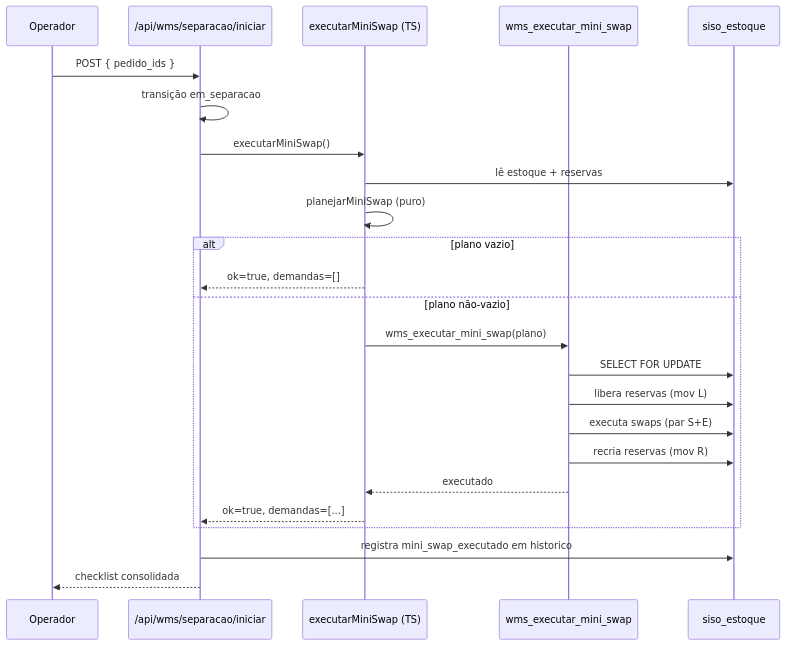
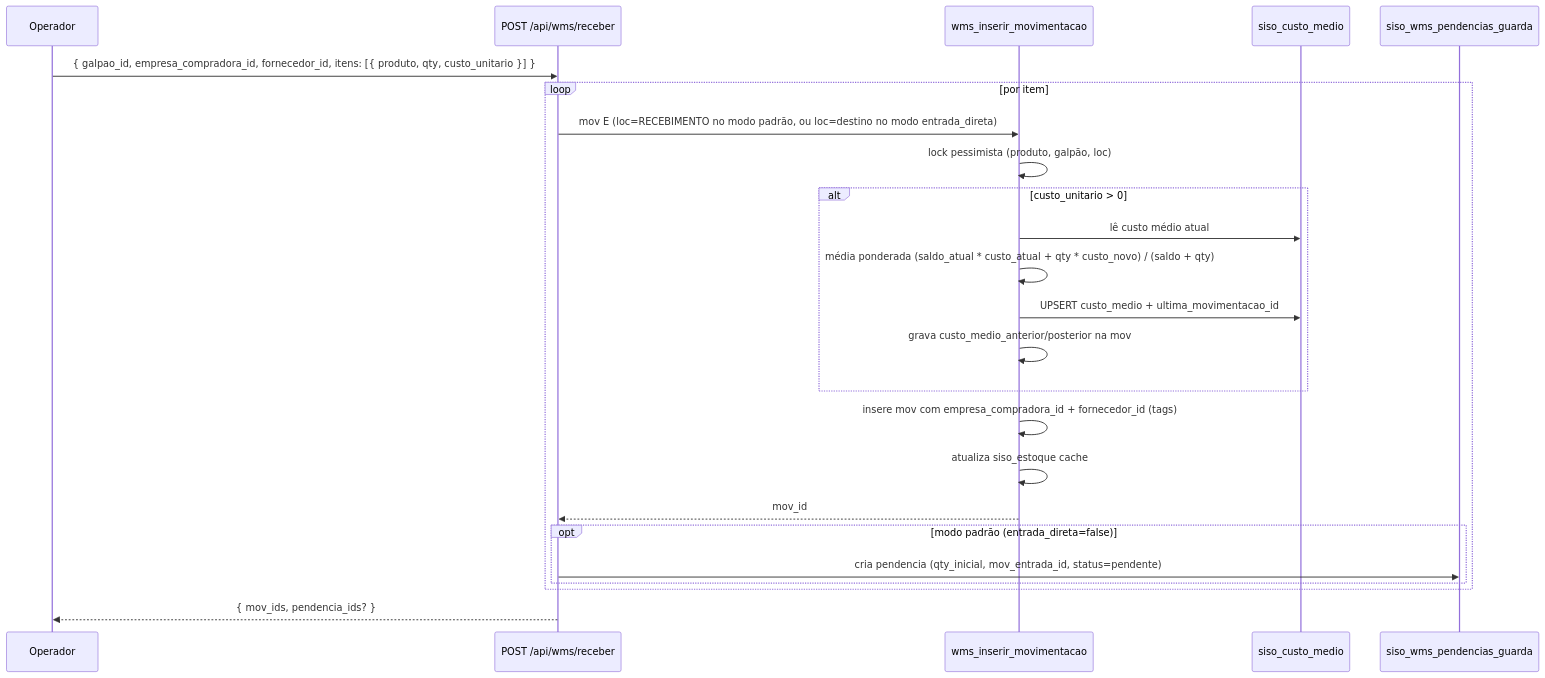
The first of 2 diagrams in docs/architecture-and-flows.md (Eryk-dev/estoquelever), drawn with Mermaid before and after one commit. The commit also changed other lines of this file, not shown here.

First line of the commit message:
docs(architecture): 3D flows

````diff
--- a/docs/architecture-and-flows.md
+++ b/docs/architecture-and-flows.md
@@ -24,27 +36,27 @@
 ```mermaid
 sequenceDiagram
   participant Op as Operador
-  participant API as /api/wms/separacao/iniciar
-  participant MS as executarMiniSwap (TS)
-  participant RPC as wms_executar_mini_swap
-  participant DB as siso_estoque
+  participant API as POST /api/wms/receber
+  participant RPC as wms_inserir_movimentacao
+  participant Cache as siso_custo_medio
+  participant Pend as siso_wms_pendencias_guarda
 
-  Op->>API: POST { pedido_ids }
-  API->>API: transição em_separacao
-  API->>MS: executarMiniSwap()
-  MS->>DB: lê estoque + reservas
-  MS->>MS: planejarMiniSwap (puro)
-  alt plano vazio
-    MS-->>API: ok=true, demandas=[]
-  else plano não-vazio
-    MS->>RPC: wms_executar_mini_swap(plano)
-    RPC->>DB: SELECT FOR UPDATE
-    RPC->>DB: libera reservas (mov L)
-    RPC->>DB: executa swaps (par S+E)
-    RPC->>DB: recria reservas (mov R)
-    RPC-->>MS: executado
-    MS-->>API: ok=true, demandas=[...]
+  Op->>API: { galpao_id, empresa_compradora_id, fornecedor_id, itens: [{ produto, qty, custo_unitario }] }
+  loop por item
+    API->>RPC: mov E (loc=RECEBIMENTO no modo padrão, ou loc=destino no modo entrada_direta)
+    RPC->>RPC: lock pessimista (produto, galpão, loc)
+    alt custo_unitario > 0
+      RPC->>Cache: lê custo médio atual
+      RPC->>RPC: média ponderada (saldo_atual * custo_atual + qty * custo_novo) / (saldo + qty)
+      RPC->>Cache: UPSERT custo_medio + ultima_movimentacao_id
+      RPC->>RPC: grava custo_medio_anterior/posterior na mov
+    end
+    RPC->>RPC: insere mov com empresa_compradora_id + fornecedor_id (tags)
+    RPC->>RPC: atualiza siso_estoque cache
+    RPC-->>API: mov_id
+    opt modo padrão (entrada_direta=false)
+      API->>Pend: cria pendencia (qty_inicial, mov_entrada_id, status=pendente)
+    end
   end
-  API->>DB: registra mini_swap_executado em historico
-  API-->>Op: checklist consolidada
+  API-->>Op: { mov_ids, pendencia_ids? }
 ```
````
